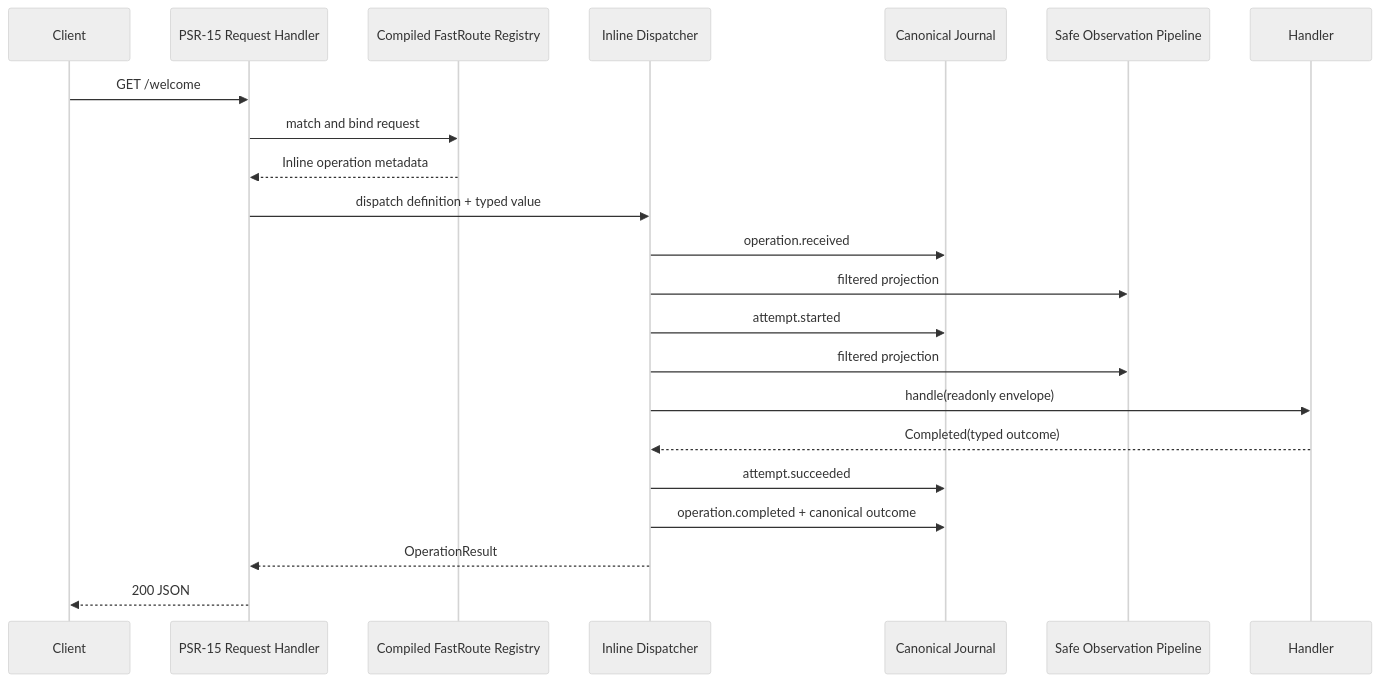
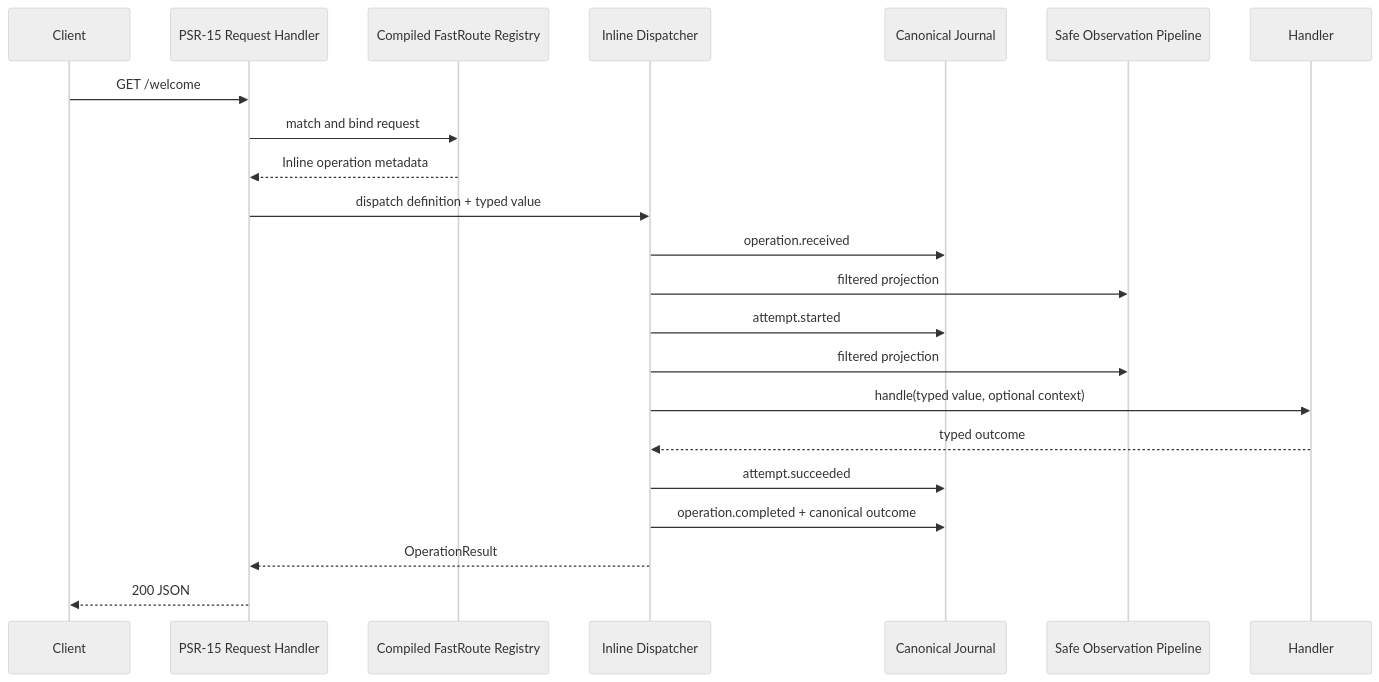
One commit to kubotak-is/blackops changed the second of 4 diagrams in docs/internals/architecture.md. Above: the diagram before and after it, drawn with Mermaid (neutral theme). The commit also changed 11 other files, not shown here.

````diff
--- a/docs/internals/architecture.md
+++ b/docs/internals/architecture.md
@@ -46,25 +46,25 @@
 ```mermaid
 sequenceDiagram
     participant Client
     participant HTTP as PSR-15 Request Handler
     participant Route as Compiled FastRoute Registry
     participant Inline as Inline Dispatcher
     participant Journal as Canonical Journal
     participant Observer as Safe Observation Pipeline
     participant Handler
 
     Client->>HTTP: GET /welcome
     HTTP->>Route: match and bind request
     Route-->>HTTP: Inline operation metadata
     HTTP->>Inline: dispatch definition + typed value
     Inline->>Journal: operation.received
     Inline->>Observer: filtered projection
     Inline->>Journal: attempt.started
     Inline->>Observer: filtered projection
-    Inline->>Handler: handle(readonly envelope)
-    Handler-->>Inline: Completed(typed outcome)
+    Inline->>Handler: handle(typed value, optional context)
+    Handler-->>Inline: typed outcome
     Inline->>Journal: attempt.succeeded
     Inline->>Journal: operation.completed + canonical outcome
     Inline-->>HTTP: OperationResult
     HTTP-->>Client: 200 JSON
 ```
````
